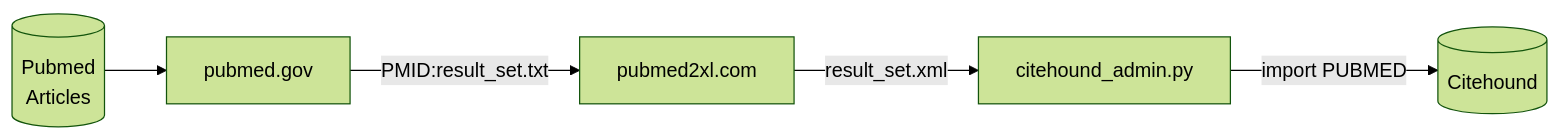
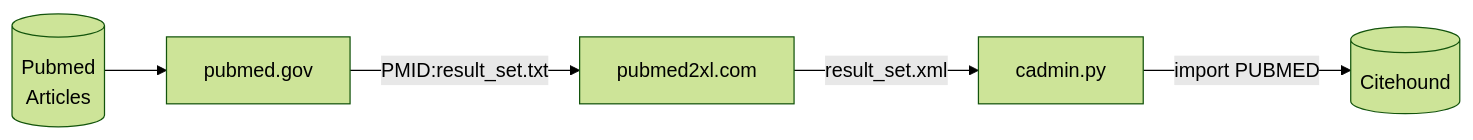
The second of 3 diagrams in doc/source/operation.rst (aanastasiou/citehound), drawn with Mermaid (forest theme) before and after one commit. The commit also changed other lines of this file and 3 other files, not shown here.

```diff
--- a/doc/source/operation.rst
+++ b/doc/source/operation.rst
@@ -101,14 +101,14 @@
 .. mermaid::
     :caption: Importing Pubmed to Citehound
 
        graph LR;
               PB1[(Pubmed<br/>Articles)]
               PB3[pubmed.gov]
               PB2XL[pubmed2xl.com]
-              BibAdmin[citehound_admin.py]
+              BibAdmin[cadmin.py]
               BibDB[(Citehound)]
 
               PB1 --> PB3
               PB3 -- PMID:result_set.txt --> PB2XL
               PB2XL -- result_set.xml --> BibAdmin
               BibAdmin -- import PUBMED --> BibDB
```
